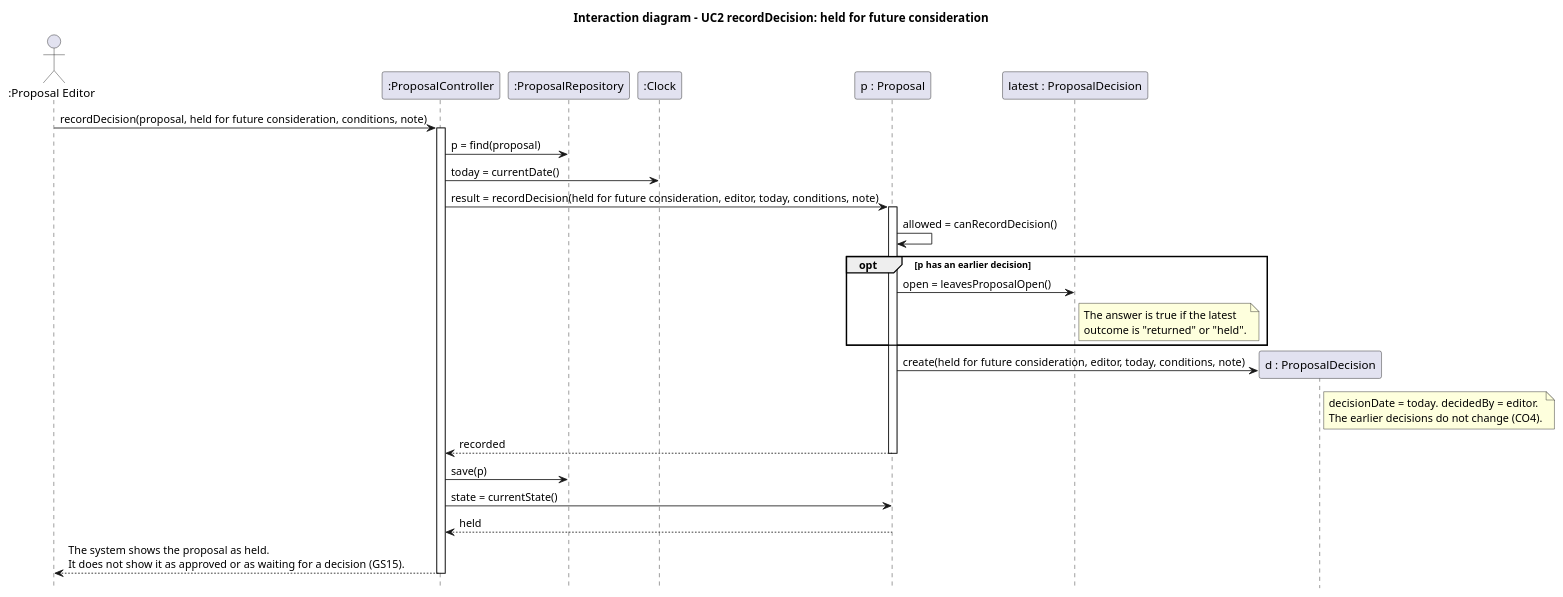
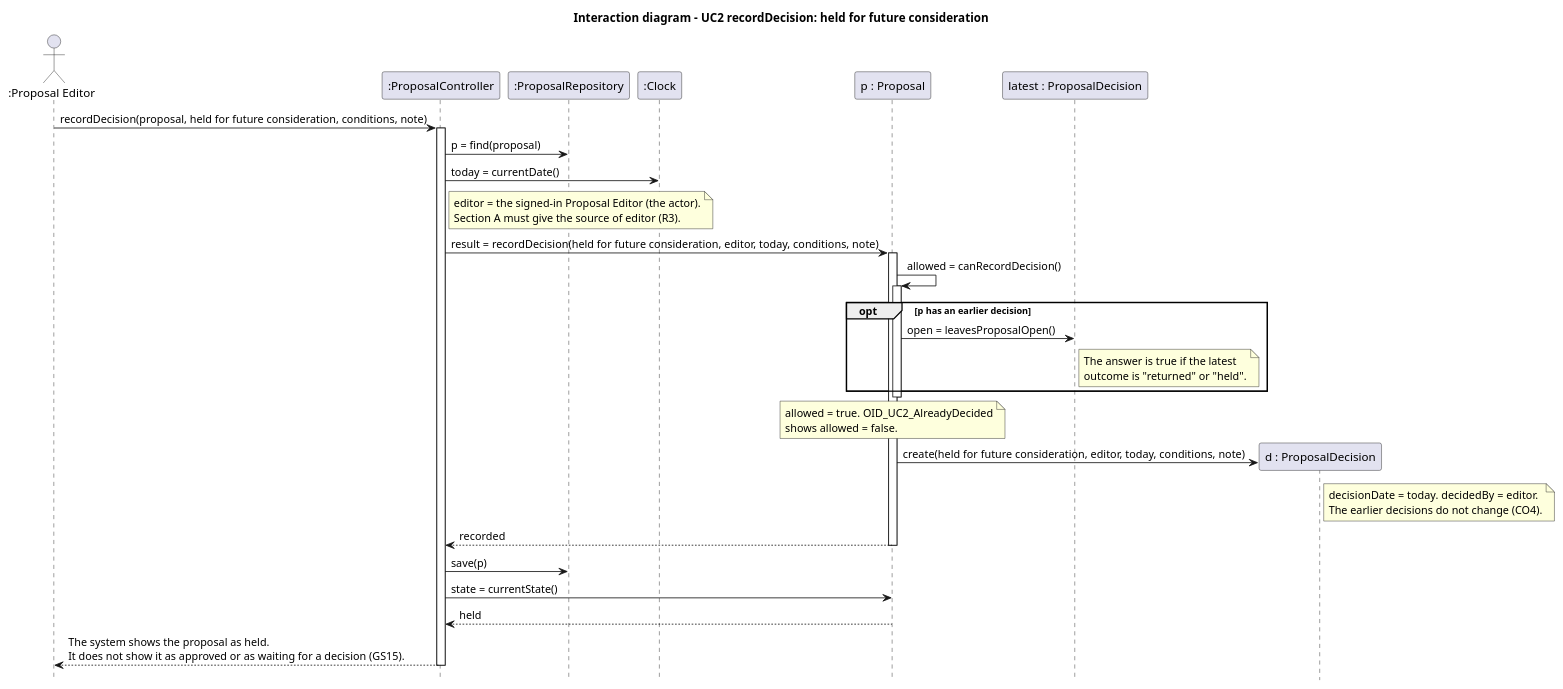
Before and after one commit to JanArnoCoetzer/Local-Podcast-Production-Service-myrepo: the diagram in Diagrams/Object_Interaction_Diagrams/OID_UC2_Held.puml, drawn with PlantUML. The commit also changed 43 other files, not shown here.

```diff
--- a/Diagrams/Object_Interaction_Diagrams/OID_UC2_Held.puml
+++ b/Diagrams/Object_Interaction_Diagrams/OID_UC2_Held.puml
@@ -1,39 +1,46 @@
 @startuml OID_UC2_Held
 title Interaction diagram - UC2 recordDecision: held for future consideration
 hide footbox
 
 ' Section A, UC2 alternatives (Arno). This diagram agrees with CO4, the Section A CRC cards (#28) and GRASP (#32).
 ' Language of notes and messages: ASD-STE100 Simplified Technical English.
 ' Scenario: GS15 Proposal editor holds a proposal for future consideration
 actor ":Proposal Editor" as PE
 participant ":ProposalController" as PCtl
 participant ":ProposalRepository" as Repo
 participant ":Clock" as Clk
 participant "p : Proposal" as P
 participant "latest : ProposalDecision" as L
 participant "d : ProposalDecision" as D
 
 PE -> PCtl : recordDecision(proposal, held for future consideration, conditions, note)
 activate PCtl
 PCtl -> Repo : p = find(proposal)
 PCtl -> Clk : today = currentDate()
+note right of PCtl
+  editor = the signed-in Proposal Editor (the actor).
+  Section A must give the source of editor (R3).
+end note
 PCtl -> P : result = recordDecision(held for future consideration, editor, today, conditions, note)
 activate P
 P -> P : allowed = canRecordDecision()
+activate P
 opt p has an earlier decision
   P -> L : open = leavesProposalOpen()
   note right of L : The answer is true if the latest\noutcome is "returned" or "held".
 end
+deactivate P
+note over P : allowed = true. OID_UC2_AlreadyDecided\nshows allowed = false.
 P -> D ** : create(held for future consideration, editor, today, conditions, note)
 note right of D
   decisionDate = today. decidedBy = editor.
   The earlier decisions do not change (CO4).
 end note
 P --> PCtl : recorded
 deactivate P
 PCtl -> Repo : save(p)
 PCtl -> P : state = currentState()
 P --> PCtl : held
 PCtl --> PE : The system shows the proposal as held.\nIt does not show it as approved or as waiting for a decision (GS15).
 deactivate PCtl
 @enduml
```
